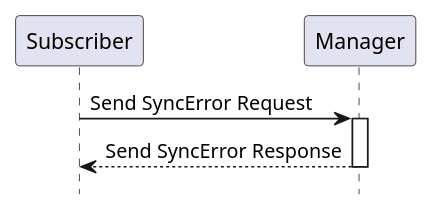
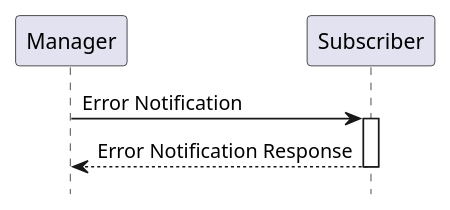
The diagram in input/images-source/rad-x10-seq.plantuml (IHE/RAD.IRA), drawn with PlantUML before and after one commit. The commit also changed 2 other files, not shown here.

Commit message:
Updated X10 to focus on Manager derived syncerror.

```diff
--- a/input/images-source/rad-x10-seq.plantuml
+++ b/input/images-source/rad-x10-seq.plantuml
@@ -1,13 +1,13 @@
 @startuml
 
 hide footbox
 
+participant "Manager" as Manager
 participant "Subscriber" as Subscriber
-participant "Manager" as Manager
 
-Subscriber->Manager: Send SyncError Request
-activate Manager
-Manager-->Subscriber: Send SyncError Response
-deactivate Manager
+Manager->Subscriber: Error Notification
+activate Subscriber
+Subscriber-->Manager: Error Notification Response
+deactivate Subscriber
 
 @enduml
```
